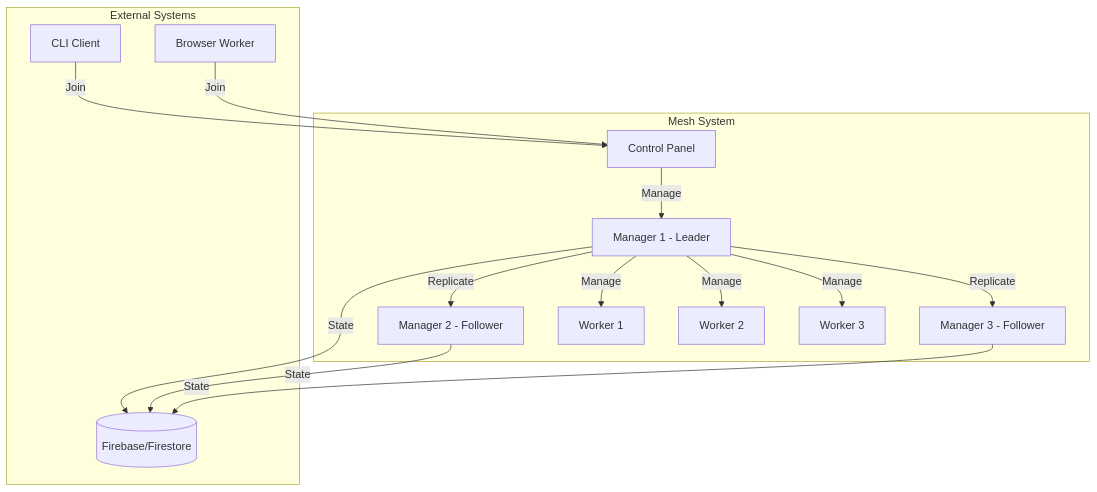
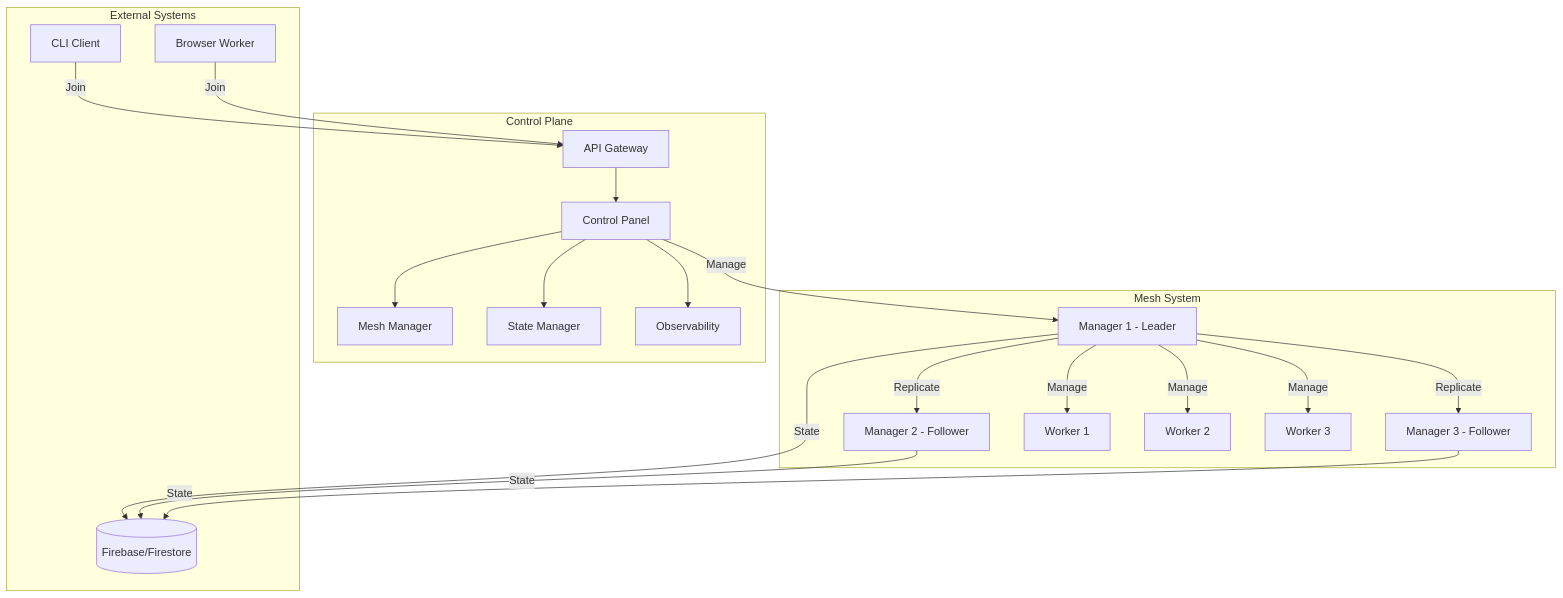
One commit to asadighi/ai-agent-sdk changed the first of 7 diagrams in docs/mesh-system-spec.md. Above: the diagram before and after it, drawn with Mermaid. The commit also changed other lines of this file and 40 other files, not shown here.

Commit message:
Epic 1.3: API Gateway Implementation

````diff
--- a/docs/mesh-system-spec.md
+++ b/docs/mesh-system-spec.md
@@ -455,32 +492,44 @@
 ```mermaid
 graph TD
     subgraph "Mesh System"
-        CP[Control Panel]
         M1[Manager 1 - Leader]
         M2[Manager 2 - Follower]
         M3[Manager 3 - Follower]
         W1[Worker 1]
         W2[Worker 2]
         W3[Worker 3]
+    end
+
+    subgraph "Control Plane"
+        CP[Control Panel]
+        API[API Gateway]
+        MM[Mesh Manager]
+        SM[State Manager]
+        OM[Observability]
     end
 
     subgraph "External Systems"
         DB[(Firebase/Firestore)]
         CLI[CLI Client]
         BW[Browser Worker]
     end
 
     CP -->|Manage| M1
     M1 -->|Replicate| M2
     M1 -->|Replicate| M3
     M1 -->|Manage| W1
     M1 -->|Manage| W2
     M1 -->|Manage| W3
     
-    CLI -->|Join| CP
-    BW -->|Join| CP
+    CLI -->|Join| API
+    BW -->|Join| API
+    
+    API --> CP
+    CP --> MM
+    CP --> SM
+    CP --> OM
     
     M1 -->|State| DB
     M2 -->|State| DB
     M3 -->|State| DB
 ```
````
